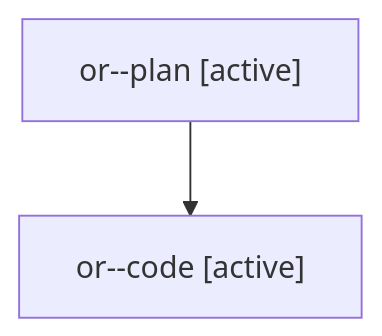
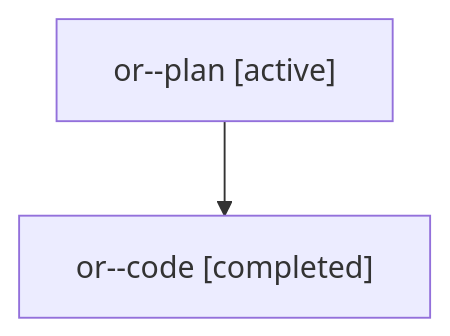
The diagram in families/bbugyi200.athena.or.md (sase-org/sase--agents), drawn with Mermaid before and after one commit. The commit also changed other lines of this file and 5813 other files, not shown here.

````diff
--- a/families/bbugyi200.athena.or.md
+++ b/families/bbugyi200.athena.or.md
@@ -9,6 +9,6 @@
 ```mermaid
 flowchart TD
   n0["or--plan [active]"]
-  n1["or--code [active]"]
+  n1["or--code [completed]"]
   n0 --> n1
 ```
````
